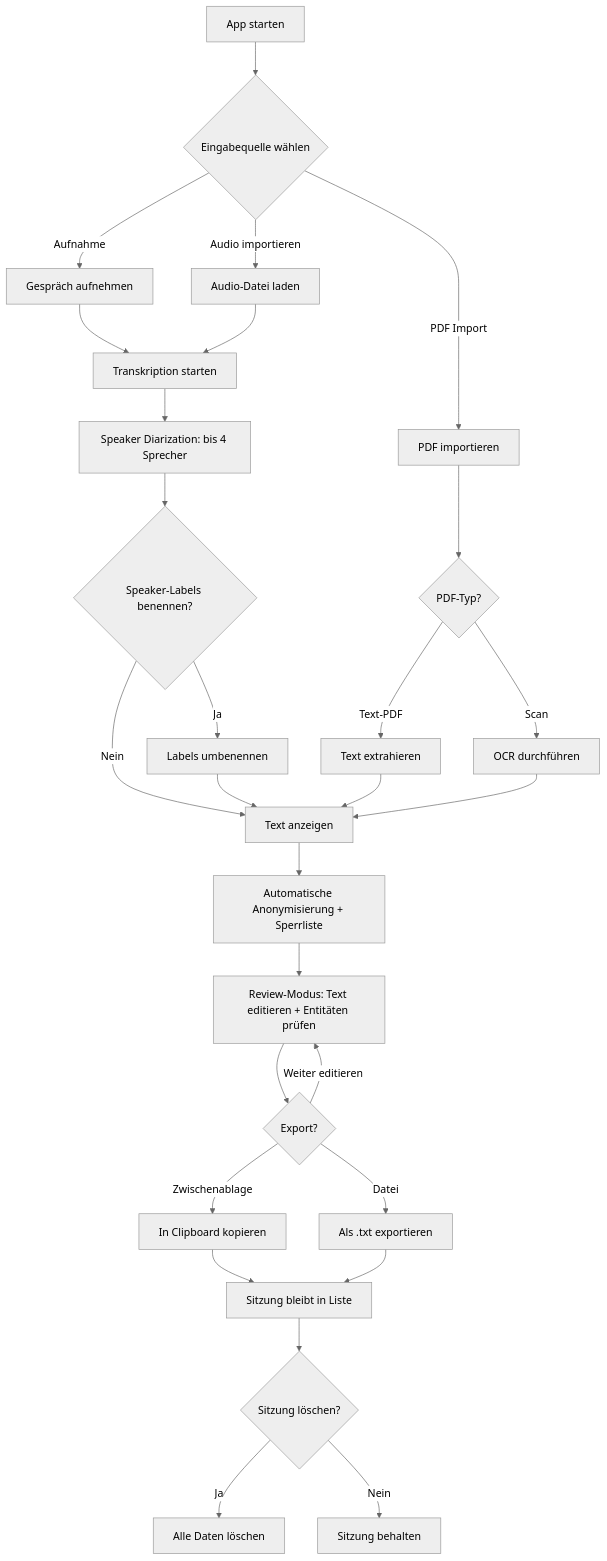
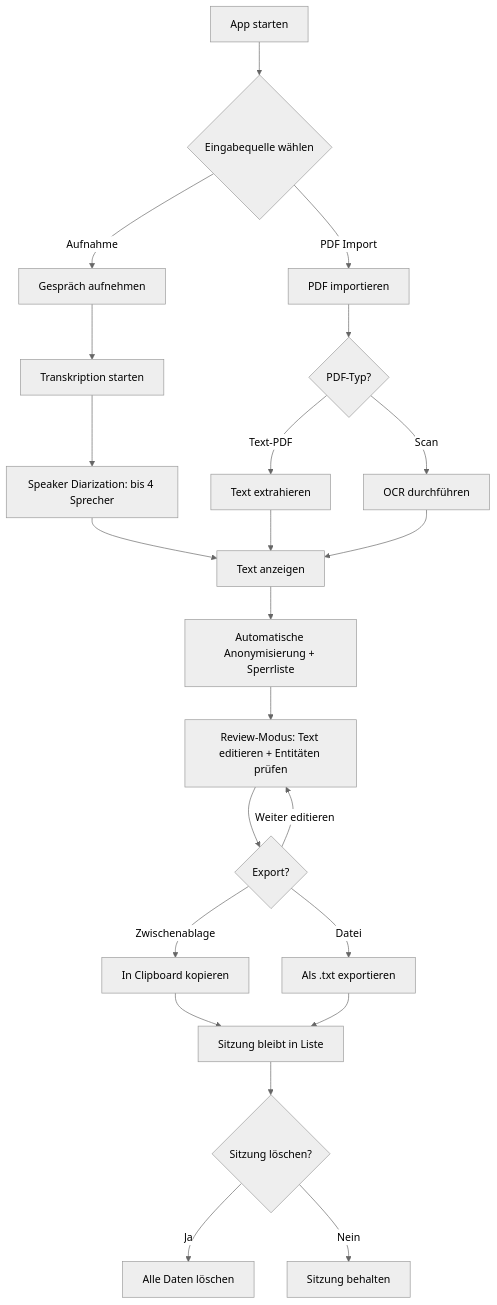
Before and after one commit to adbstyle/therascripter: the diagram in requirements.md, drawn with Mermaid (neutral theme). The commit also changed other lines of this file and 1 other file, not shown here.

````diff
--- a/requirements.md
+++ b/requirements.md
@@ -460,30 +397,25 @@
 ```mermaid
 flowchart TD
     A[App starten] --> B{Eingabequelle wählen}
     B -->|Aufnahme| C[Gespräch aufnehmen]
-    B -->|Audio importieren| C2[Audio-Datei laden]
     B -->|PDF Import| D[PDF importieren]
     C --> E[Transkription starten]
-    C2 --> E
     E --> E2[Speaker Diarization: bis 4 Sprecher]
-    E2 --> E3{Speaker-Labels benennen?}
-    E3 -->|Ja| E4[Labels umbenennen]
-    E3 -->|Nein| I
-    E4 --> I
+    E2 --> I
     D --> F{PDF-Typ?}
     F -->|Text-PDF| G[Text extrahieren]
     F -->|Scan| H[OCR durchführen]
     G --> I[Text anzeigen]
     H --> I
     I --> J[Automatische Anonymisierung + Sperrliste]
     J --> K[Review-Modus: Text editieren + Entitäten prüfen]
     K --> L{Export?}
     L -->|Zwischenablage| M[In Clipboard kopieren]
     L -->|Datei| N[Als .txt exportieren]
     L -->|Weiter editieren| K
     M --> O[Sitzung bleibt in Liste]
     N --> O
     O --> P{Sitzung löschen?}
     P -->|Ja| Q[Alle Daten löschen]
     P -->|Nein| R[Sitzung behalten]
 ```
````
